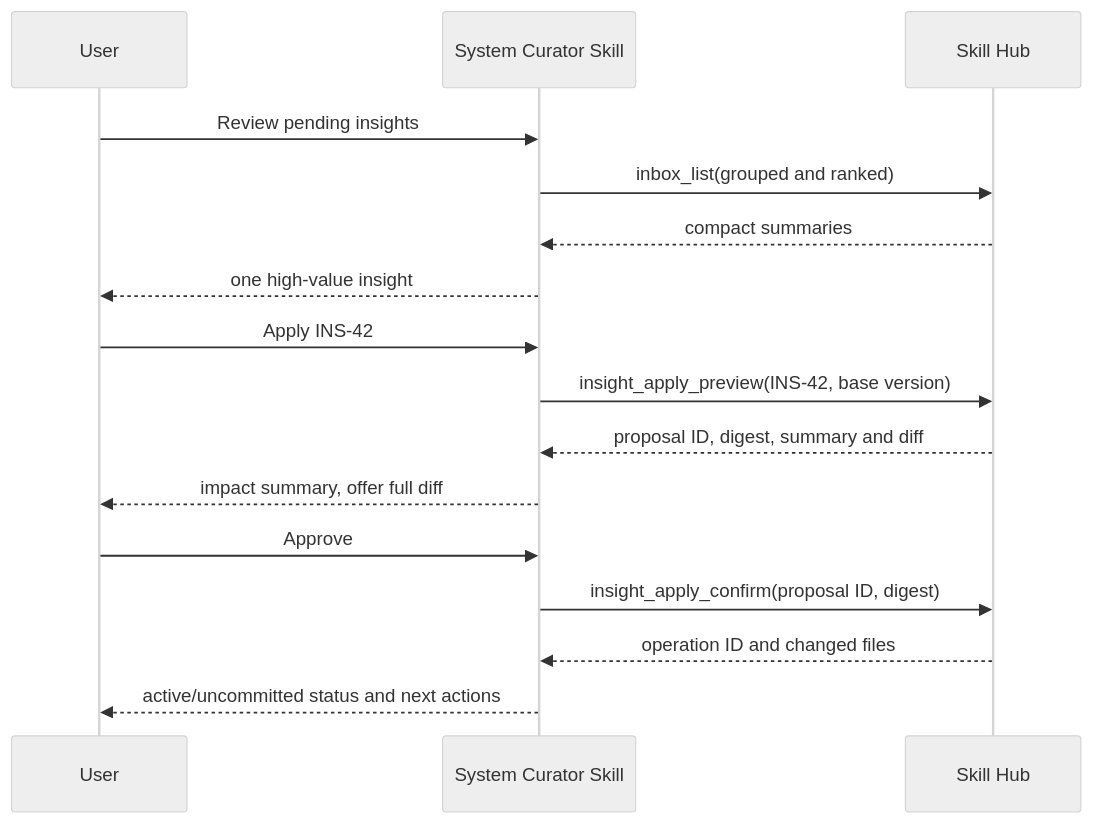
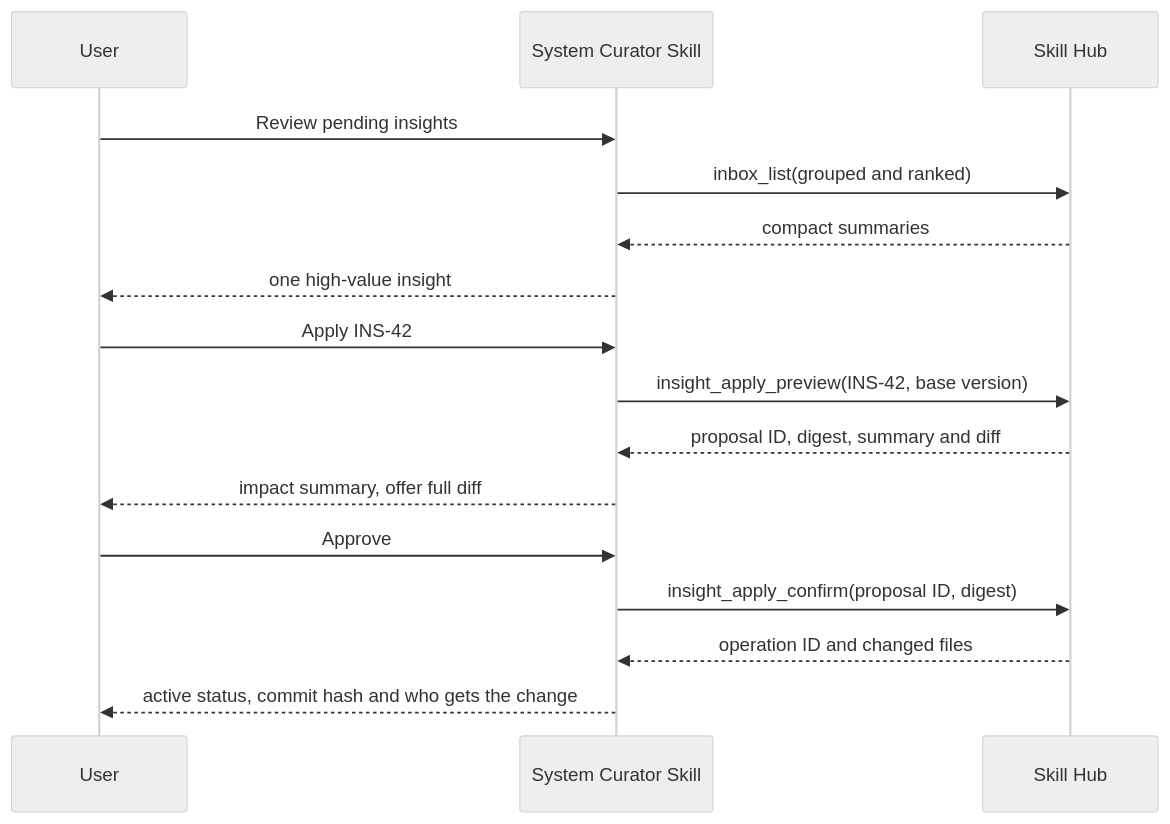
Before and after one commit to vantt/mcp-skill-hub: the fourth of 4 diagrams in docs/design/05-curation-lifecycle.md, drawn with Mermaid (neutral theme). The commit also changed other lines of this file and 20 other files, not shown here.

````diff
--- a/docs/design/05-curation-lifecycle.md
+++ b/docs/design/05-curation-lifecycle.md
@@ -414,19 +415,19 @@
 ```mermaid
 sequenceDiagram
     participant U as User
     participant S as System Curator Skill
     participant H as Skill Hub
 
     U->>S: Review pending insights
     S->>H: inbox_list(grouped and ranked)
     H-->>S: compact summaries
     S-->>U: one high-value insight
     U->>S: Apply INS-42
     S->>H: insight_apply_preview(INS-42, base version)
     H-->>S: proposal ID, digest, summary and diff
     S-->>U: impact summary, offer full diff
     U->>S: Approve
     S->>H: insight_apply_confirm(proposal ID, digest)
     H-->>S: operation ID and changed files
-    S-->>U: active/uncommitted status and next actions
+    S-->>U: active status, commit hash and who gets the change
 ```
````
